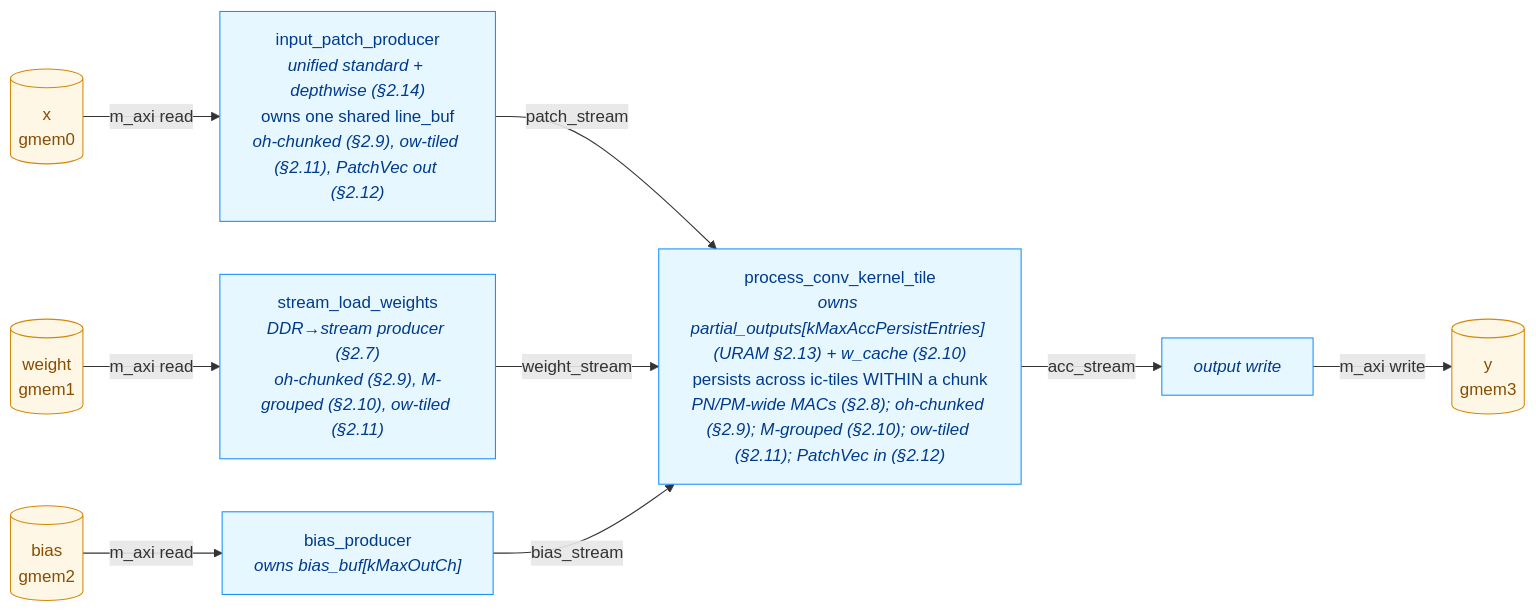
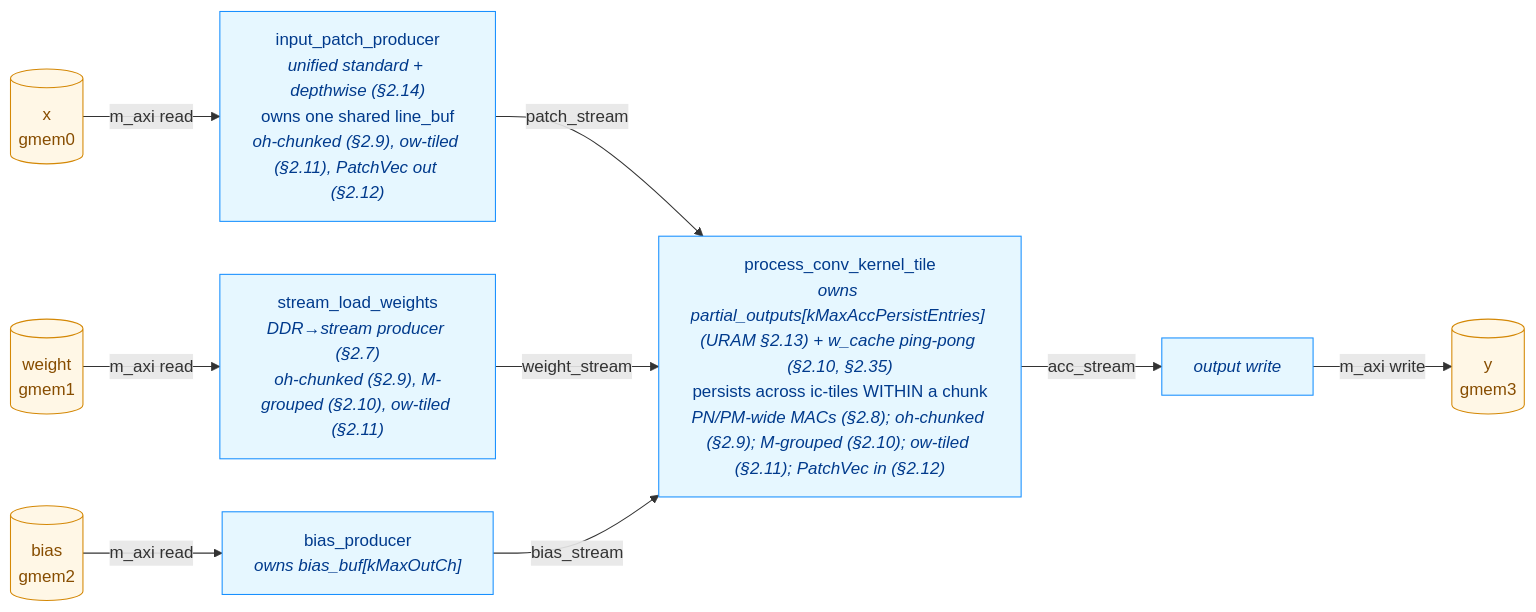
One commit to phoenix367/cormorant changed the diagram in doc/CONV_OPTIMISATION.md. Above: the diagram before and after it, drawn with Mermaid. The commit also changed other lines of this file and 17 other files, not shown here.

````diff
--- a/doc/CONV_OPTIMISATION.md
+++ b/doc/CONV_OPTIMISATION.md
@@ -1399,26 +1516,26 @@
 ```mermaid
 flowchart LR
     DDR_X[("x<br/>gmem0")]
     DDR_W[("weight<br/>gmem1")]
     DDR_B[("bias<br/>gmem2")]
     DDR_Y[("y<br/>gmem3")]
     IPP["input_patch_producer<br/><i>unified standard + depthwise (§2.14)</i><br/>owns one shared line_buf<br/><i>oh-chunked (§2.9), ow-tiled (§2.11), PatchVec out (§2.12)</i>"]
     SLW["stream_load_weights<br/><i>DDR→stream producer (§2.7)</i><br/><i>oh-chunked (§2.9), M-grouped (§2.10), ow-tiled (§2.11)</i>"]
     BP["bias_producer<br/><i>owns bias_buf[kMaxOutCh]</i>"]
-    PCT["process_conv_kernel_tile<br/><i>owns partial_outputs[kMaxAccPersistEntries] (URAM §2.13) + w_cache (§2.10)</i><br/>persists across ic-tiles WITHIN a chunk<br/><i>PN/PM-wide MACs (§2.8); oh-chunked (§2.9); M-grouped (§2.10); ow-tiled (§2.11); PatchVec in (§2.12)</i>"]
+    PCT["process_conv_kernel_tile<br/><i>owns partial_outputs[kMaxAccPersistEntries] (URAM §2.13) + w_cache ping-pong (§2.10, §2.35)</i><br/>persists across ic-tiles WITHIN a chunk<br/><i>PN/PM-wide MACs (§2.8); oh-chunked (§2.9); M-grouped (§2.10); ow-tiled (§2.11); PatchVec in (§2.12)</i>"]
     WO["<i>output write</i>"]
 
     DDR_X -->|m_axi read| IPP
     DDR_W -->|m_axi read| SLW
     DDR_B -->|m_axi read| BP
     IPP -->|patch_stream| PCT
     SLW -->|weight_stream| PCT
     BP -->|bias_stream| PCT
     PCT -->|acc_stream| WO
     WO -->|m_axi write| DDR_Y
 
     classDef ddr fill:#fff7e6,stroke:#d48806,color:#874d00
     classDef stage fill:#e6f7ff,stroke:#1890ff,color:#003a8c
     class DDR_X,DDR_W,DDR_B,DDR_Y ddr
     class IPP,SLW,BP,PCT,WO stage
 ```
````
